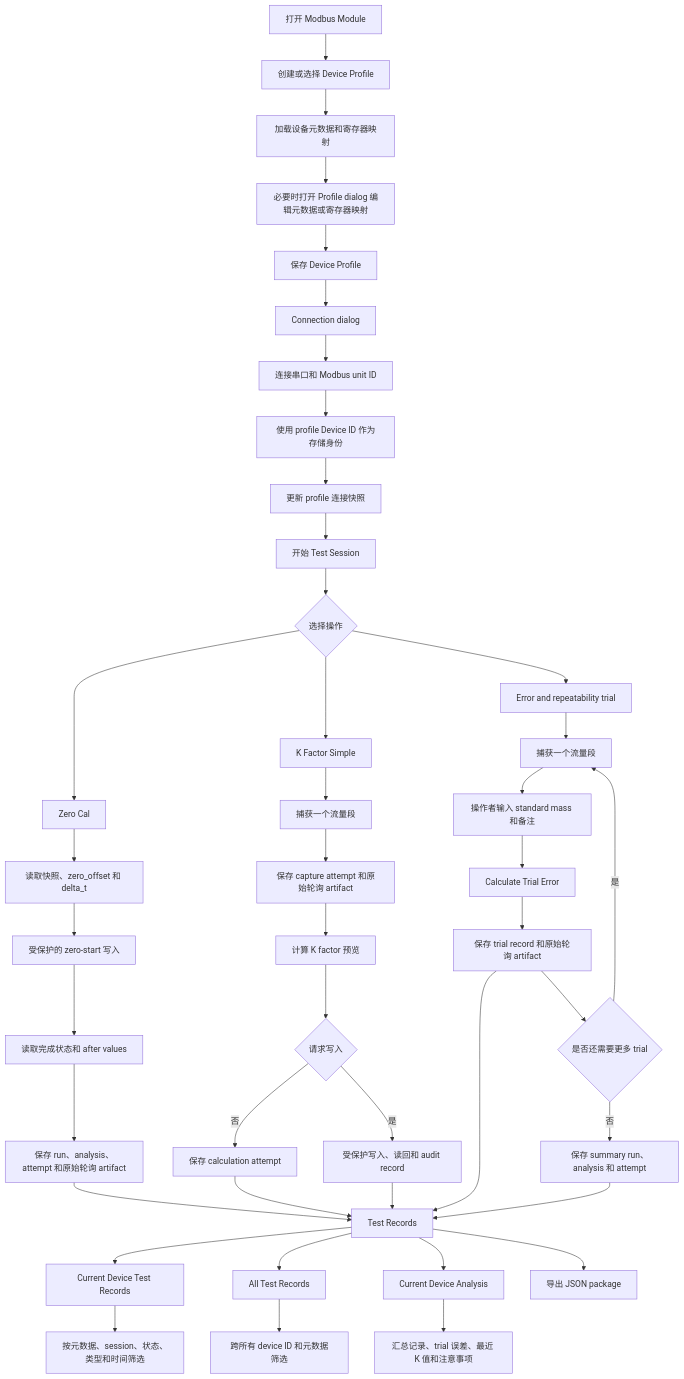
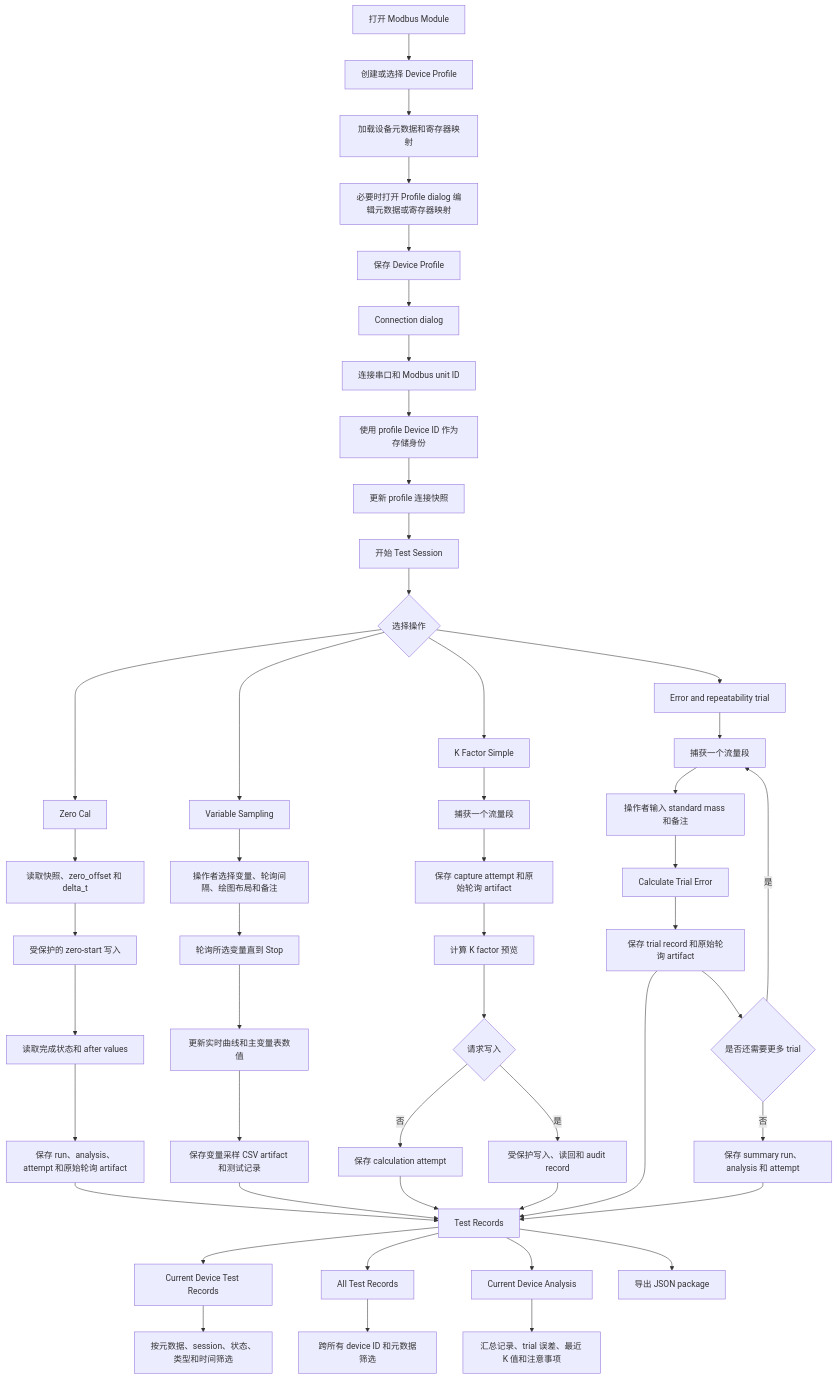
One commit to Z-abitrament/CoreFlow-Studio changed the diagram in docs/MODBUS_OPERATIONS.zh-CN.md. Above: the diagram before and after it, drawn with Mermaid. The commit also changed other lines of this file and 8 other files, not shown here.

First line of the commit message:
docs(modbus): document sampling and update flows

````diff
--- a/docs/MODBUS_OPERATIONS.zh-CN.md
+++ b/docs/MODBUS_OPERATIONS.zh-CN.md
@@ -70,49 +70,56 @@
 ```mermaid
 flowchart TD
     A[打开 Modbus Module] --> B[创建或选择 Device Profile]
     B --> C[加载设备元数据和寄存器映射]
     C --> D[必要时打开 Profile dialog 编辑元数据或寄存器映射]
     D --> E[保存 Device Profile]
     E --> F[Connection dialog]
     F --> H[连接串口和 Modbus unit ID]
     H --> I[使用 profile Device ID 作为存储身份]
     I --> J[更新 profile 连接快照]
     J --> K[开始 Test Session]
     K --> G{选择操作}
 
     G --> Z[Zero Cal]
     Z --> Z1[读取快照、zero_offset 和 delta_t]
     Z1 --> Z2[受保护的 zero-start 写入]
     Z2 --> Z3[读取完成状态和 after values]
     Z3 --> Z4[保存 run、analysis、attempt 和原始轮询 artifact]
 
     G --> KF[K Factor Simple]
     KF --> K1[捕获一个流量段]
     K1 --> K2[保存 capture attempt 和原始轮询 artifact]
     K2 --> K3[计算 K factor 预览]
     K3 --> K4{请求写入}
     K4 -->|否| K5[保存 calculation attempt]
     K4 -->|是| K6[受保护写入、读回和 audit record]
 
+    G --> VS[Variable Sampling]
+    VS --> VS1[操作者选择变量、轮询间隔、绘图布局和备注]
+    VS1 --> VS2[轮询所选变量直到 Stop]
+    VS2 --> VS3[更新实时曲线和主变量表数值]
+    VS3 --> VS4[保存变量采样 CSV artifact 和测试记录]
+
     G --> R[Error and repeatability trial]
     R --> R1[捕获一个流量段]
     R1 --> R2[操作者输入 standard mass 和备注]
     R2 --> R2A[Calculate Trial Error]
     R2A --> R3[保存 trial record 和原始轮询 artifact]
     R3 --> R4{是否还需要更多 trial}
     R4 -->|是| R1
     R4 -->|否| R5[保存 summary run、analysis 和 attempt]
 
     Z4 --> T[Test Records]
+    VS4 --> T
     K5 --> T
     K6 --> T
     R3 --> T
     R5 --> T
     T --> CDR[Current Device Test Records]
     T --> ATR[All Test Records]
     T --> DA[Current Device Analysis]
     CDR --> Q[按元数据、session、状态、类型和时间筛选]
     ATR --> Q2[跨所有 device ID 和元数据筛选]
     DA --> Q3[汇总记录、trial 误差、最近 K 值和注意事项]
     T --> X[导出 JSON package]
 ```
````
